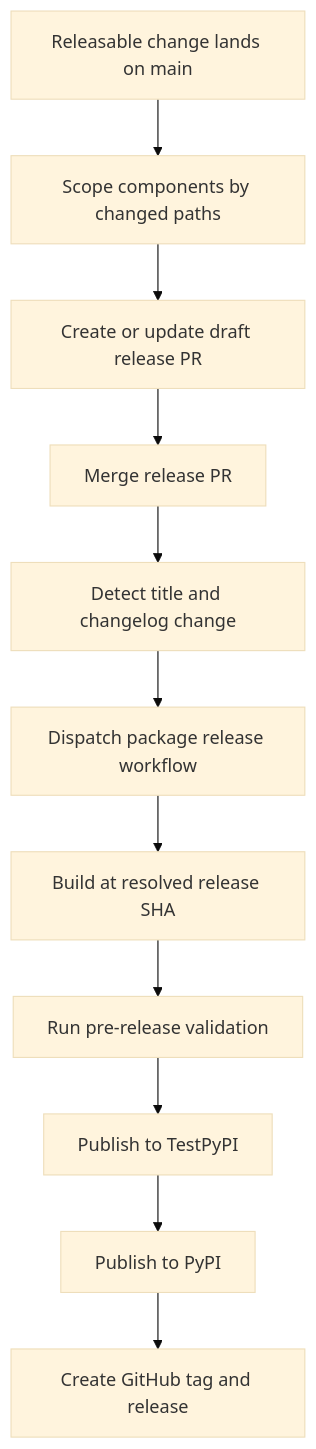
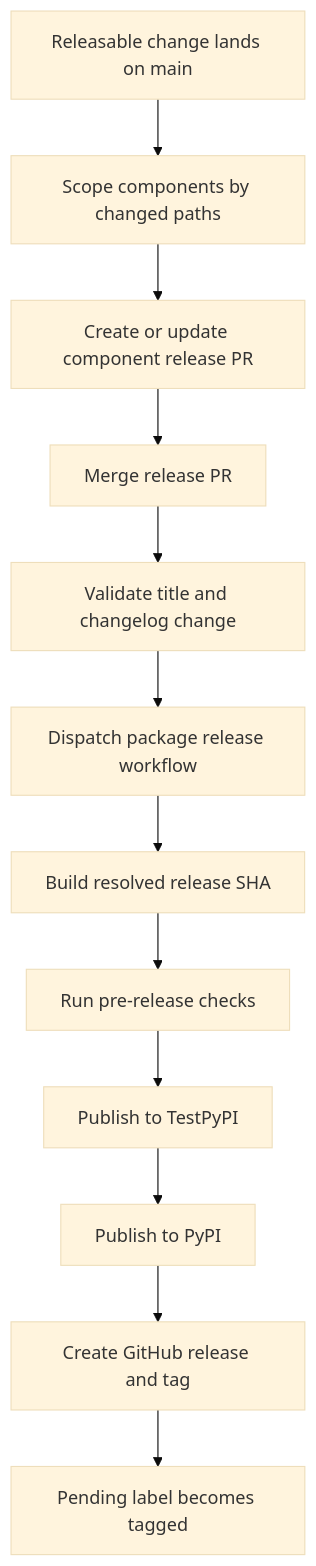
One commit to langchain-ai/deepagents changed the second of 2 diagrams in openwiki/operations/development.md. Above: the diagram before and after it, drawn with Mermaid (base theme). The commit also changed other lines of this file and 56 other files, not shown here.

````diff
--- a/openwiki/operations/development.md
+++ b/openwiki/operations/development.md
@@ -157,13 +159,14 @@
 ```mermaid
 flowchart TD
     Land["Releasable change lands on main"] --> Scope["Scope components by changed paths"]
-    Scope --> Draft["Create or update draft release PR"]
+    Scope --> Draft["Create or update component release PR"]
     Draft --> Merge["Merge release PR"]
-    Merge --> Detect["Detect title and changelog change"]
+    Merge --> Detect["Validate title and changelog change"]
     Detect --> Dispatch["Dispatch package release workflow"]
-    Dispatch --> Build["Build at resolved release SHA"]
-    Build --> Validate["Run pre-release validation"]
-    Validate --> TestIndex["Publish to TestPyPI"]
-    TestIndex --> Publish["Publish to PyPI"]
-    Publish --> Tag["Create GitHub tag and release"]
+    Dispatch --> Build["Build resolved release SHA"]
+    Build --> Checks["Run pre-release checks"]
+    Checks --> TestIndex["Publish to TestPyPI"]
+    TestIndex --> PyPI["Publish to PyPI"]
+    PyPI --> Tag["Create GitHub release and tag"]
+    Tag --> Labels["Pending label becomes tagged"]
 ```
````
